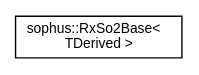
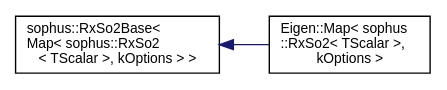
The diagram in latest/_static/inherit_graph_76.dot (strasdat/Sophus), drawn with Graphviz before and after one commit. The commit also changed 212 other files, not shown here.

```diff
--- a/latest/_static/inherit_graph_76.dot
+++ b/latest/_static/inherit_graph_76.dot
@@ -1,8 +1,10 @@
 digraph "Graphical Class Hierarchy"
 {
  // LATEX_PDF_SIZE
   edge [fontname="Helvetica",fontsize="10",labelfontname="Helvetica",labelfontsize="10"];
   node [fontname="Helvetica",fontsize="10",shape=record];
   rankdir="LR";
-  Node0 [label="sophus::RxSo2Base\<\l TDerived \>",height=0.2,width=0.4,color="black", fillcolor="white", style="filled",URL="$classsophus_1_1_rx_so2_base.html",tooltip="RxSo2 base type - implements RxSo2 class but is storage agnostic."];
+  Node0 [label="sophus::RxSo2Base\<\l Map\< sophus::RxSo2\l\< TScalar \>, kOptions \> \>",height=0.2,width=0.4,color="black", fillcolor="white", style="filled",URL="$classsophus_1_1_rx_so2_base.html",tooltip=" "];
+  Node0 -> Node1 [dir="back",color="midnightblue",fontsize="10",style="solid",fontname="Helvetica"];
+  Node1 [label="Eigen::Map\< sophus\l::RxSo2\< TScalar \>,\l kOptions \>",height=0.2,width=0.4,color="black", fillcolor="white", style="filled",URL="$class_eigen_1_1_map_3_01sophus_1_1_rx_so2_3_01_t_scalar_01_4_00_01k_options_01_4.html",tooltip="Specialization of Eigen::Map for RxSo2; derived from RxSo2Base."];
 }
```
